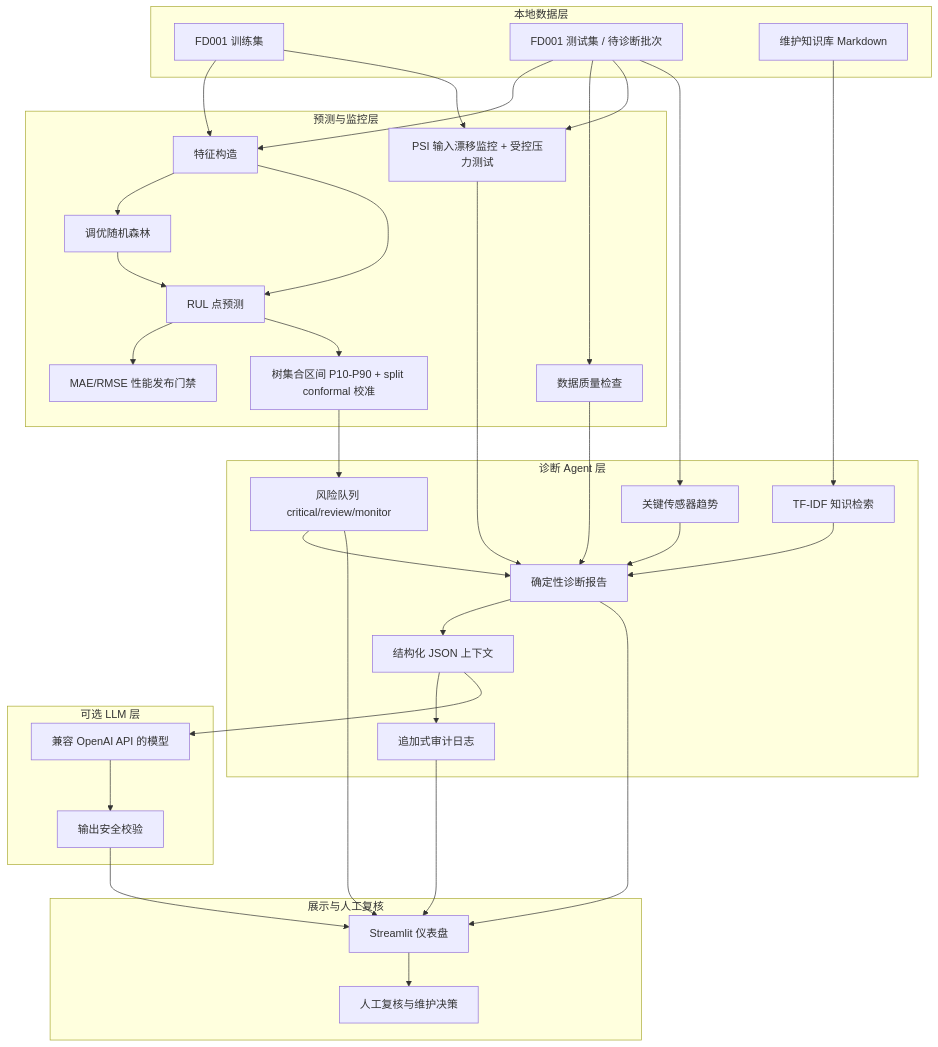
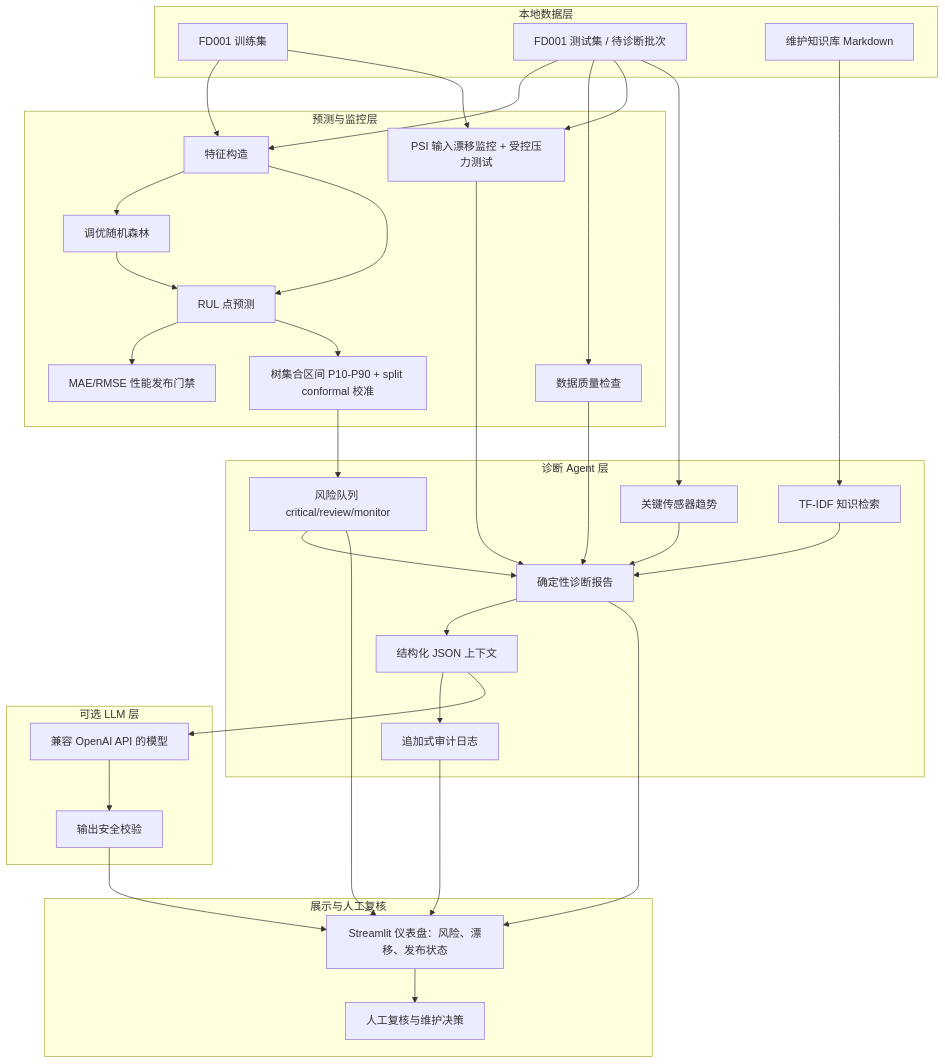
One commit to zzhouxy427/industrial-health-agent changed the diagram in docs/architecture.md. Above: the diagram before and after it, drawn with Mermaid. The commit also changed other lines of this file and 5 other files, not shown here.

````diff
--- a/docs/architecture.md
+++ b/docs/architecture.md
@@ -9,52 +9,52 @@
 ```mermaid
 flowchart TB
     subgraph Data[本地数据层]
         Train[FD001 训练集]
         Test[FD001 测试集 / 待诊断批次]
         KB[维护知识库 Markdown]
     end
 
     subgraph Model[预测与监控层]
         Features[特征构造]
         RF[调优随机森林]
         RUL[RUL 点预测]
         Interval[树集合区间 P10-P90 + split conformal 校准]
         Gate[MAE/RMSE 性能发布门禁]
         Quality[数据质量检查]
         Drift[PSI 输入漂移监控 + 受控压力测试]
     end
 
     subgraph Agent[诊断 Agent 层]
         Queue[风险队列 critical/review/monitor]
         Trend[关键传感器趋势]
         Retrieval[TF-IDF 知识检索]
         Report[确定性诊断报告]
         Context[结构化 JSON 上下文]
         Audit[追加式审计日志]
     end
 
     subgraph Optional[可选 LLM 层]
         LLM[兼容 OpenAI API 的模型]
         Safety[输出安全校验]
     end
 
     subgraph UI[展示与人工复核]
-        Dashboard[Streamlit 仪表盘]
+        Dashboard[Streamlit 仪表盘：风险、漂移、发布状态]
         Human[人工复核与维护决策]
     end
 
     Train --> Features --> RF
     Test --> Features --> RUL
     RUL --> Gate
     RF --> RUL --> Interval --> Queue
     Test --> Quality --> Report
     Train --> Drift
     Test --> Drift --> Report
     Test --> Trend --> Report
     KB --> Retrieval --> Report
     Queue --> Report --> Context --> Audit
     Context --> LLM --> Safety --> Dashboard
     Report --> Dashboard --> Human
     Queue --> Dashboard
     Audit --> Dashboard
 ```
````
